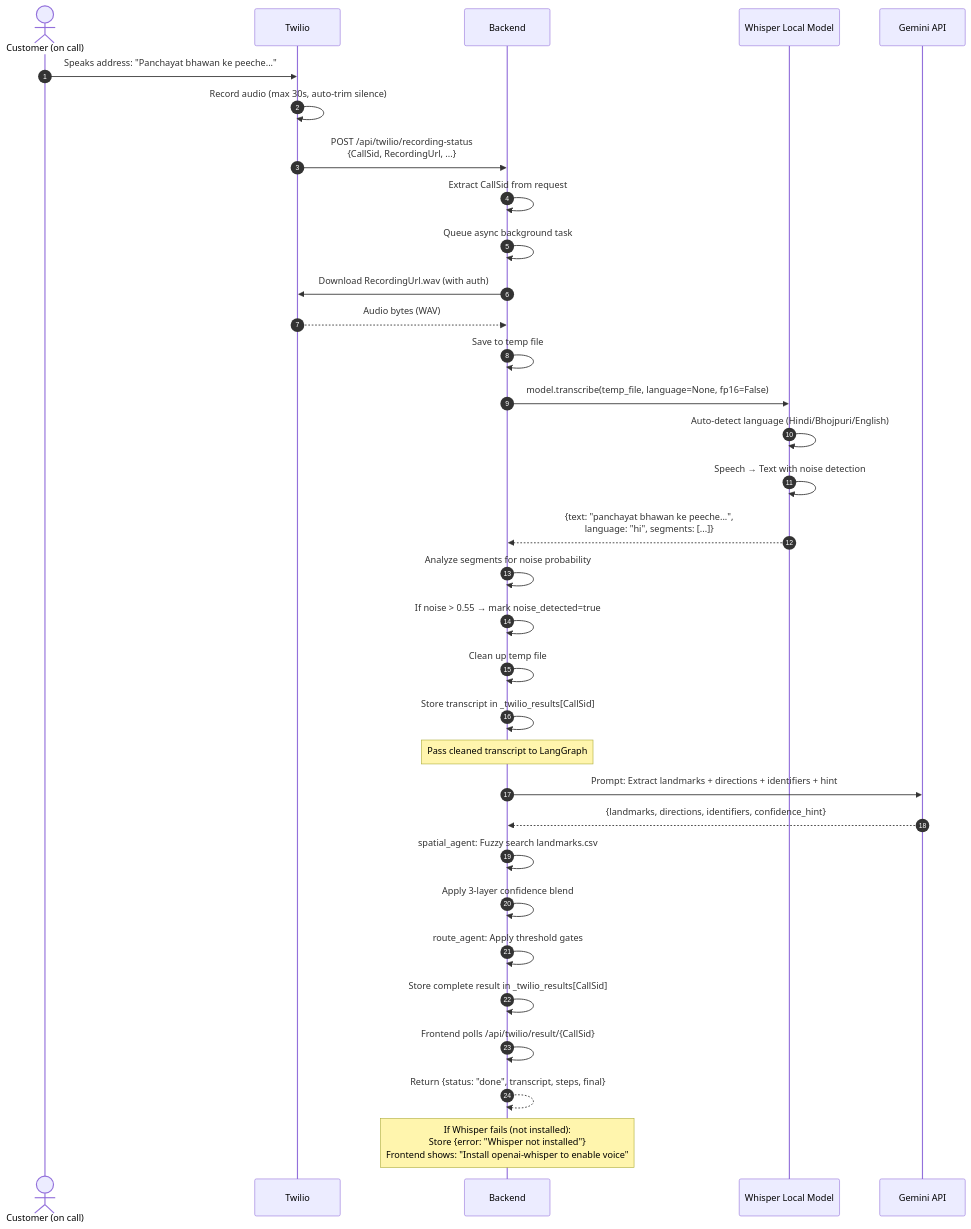
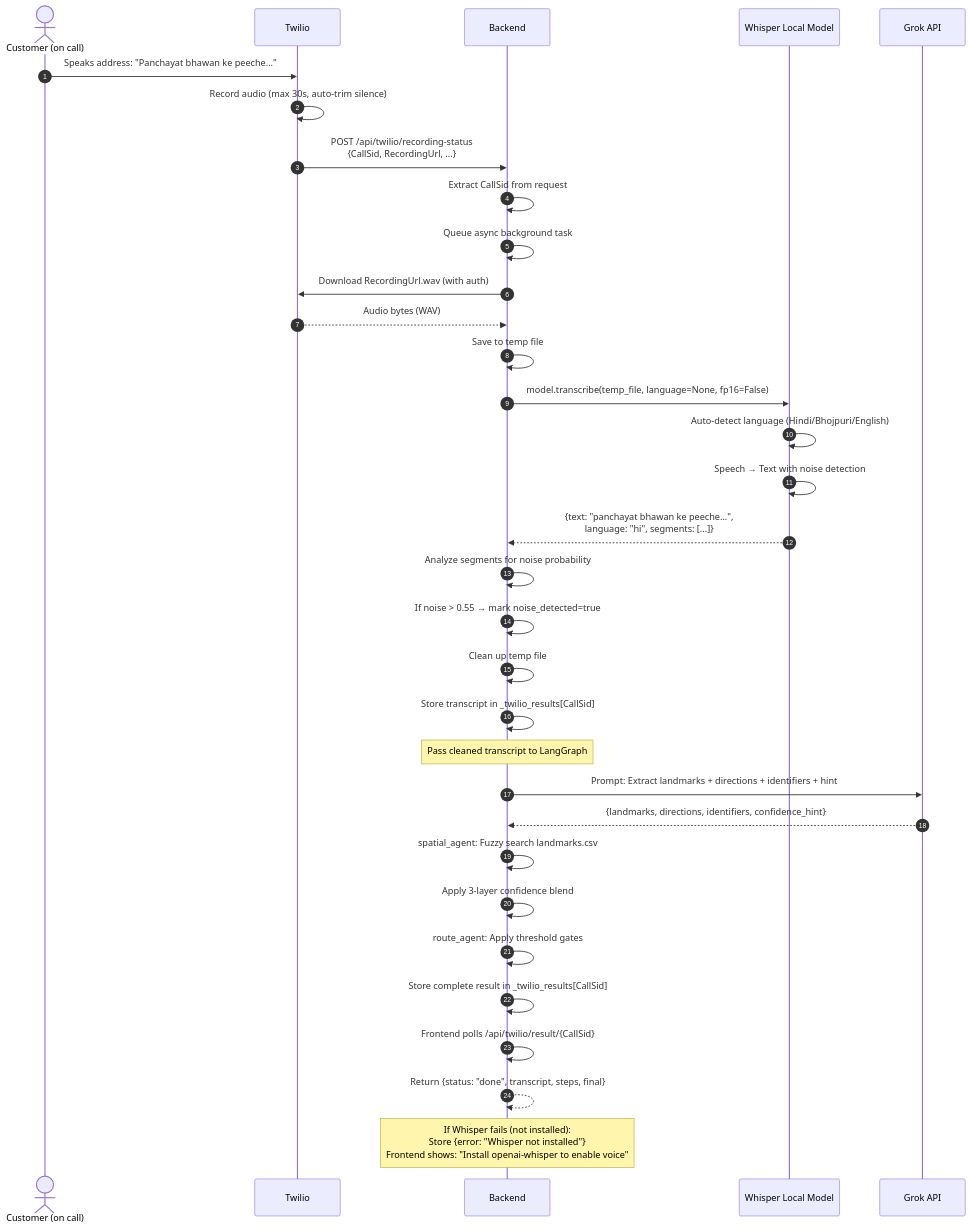
One commit to Snehaai/Delivery-Rescue changed the second of 2 diagrams in README.md. Above: the diagram before and after it, drawn with Mermaid. The commit also changed other lines of this file, not shown here.

First line of the commit message:
Replace Gemini with Grok in README

````diff
--- a/README.md
+++ b/README.md
@@ -416,44 +420,44 @@
 ```mermaid
 sequenceDiagram
     autonumber
     actor Speaker as Customer (on call)
     participant Twilio as Twilio
     participant Backend as Backend
     participant Whisper as Whisper Local Model
-    participant LLM as Gemini API
+    participant LLM as Grok API
  
     Speaker->>Twilio: Speaks address: "Panchayat bhawan ke peeche..."
     Twilio->>Twilio: Record audio (max 30s, auto-trim silence)
     Twilio->>Backend: POST /api/twilio/recording-status<br/>{CallSid, RecordingUrl, ...}
     
     Backend->>Backend: Extract CallSid from request
     Backend->>Backend: Queue async background task
     Backend->>Twilio: Download RecordingUrl.wav (with auth)
     Twilio-->>Backend: Audio bytes (WAV)
     
     Backend->>Backend: Save to temp file
     Backend->>Whisper: model.transcribe(temp_file, language=None, fp16=False)
     Whisper->>Whisper: Auto-detect language (Hindi/Bhojpuri/English)
     Whisper->>Whisper: Speech → Text with noise detection
     Whisper-->>Backend: {text: "panchayat bhawan ke peeche...",<br/>language: "hi", segments: [...]}
     
     Backend->>Backend: Analyze segments for noise probability
     Backend->>Backend: If noise > 0.55 → mark noise_detected=true
     
     Backend->>Backend: Clean up temp file
     Backend->>Backend: Store transcript in _twilio_results[CallSid]
     
     Note over Backend: Pass cleaned transcript to LangGraph
     Backend->>LLM: Prompt: Extract landmarks + directions + identifiers + hint
     LLM-->>Backend: {landmarks, directions, identifiers, confidence_hint}
     
     Backend->>Backend: spatial_agent: Fuzzy search landmarks.csv
     Backend->>Backend: Apply 3-layer confidence blend
     Backend->>Backend: route_agent: Apply threshold gates
     
     Backend->>Backend: Store complete result in _twilio_results[CallSid]
     Backend->>Backend: Frontend polls /api/twilio/result/{CallSid}
     Backend-->>Backend: Return {status: "done", transcript, steps, final}
     
     Note over Backend: If Whisper fails (not installed):<br/>Store {error: "Whisper not installed"}<br/>Frontend shows: "Install openai-whisper to enable voice"
 ```
````
